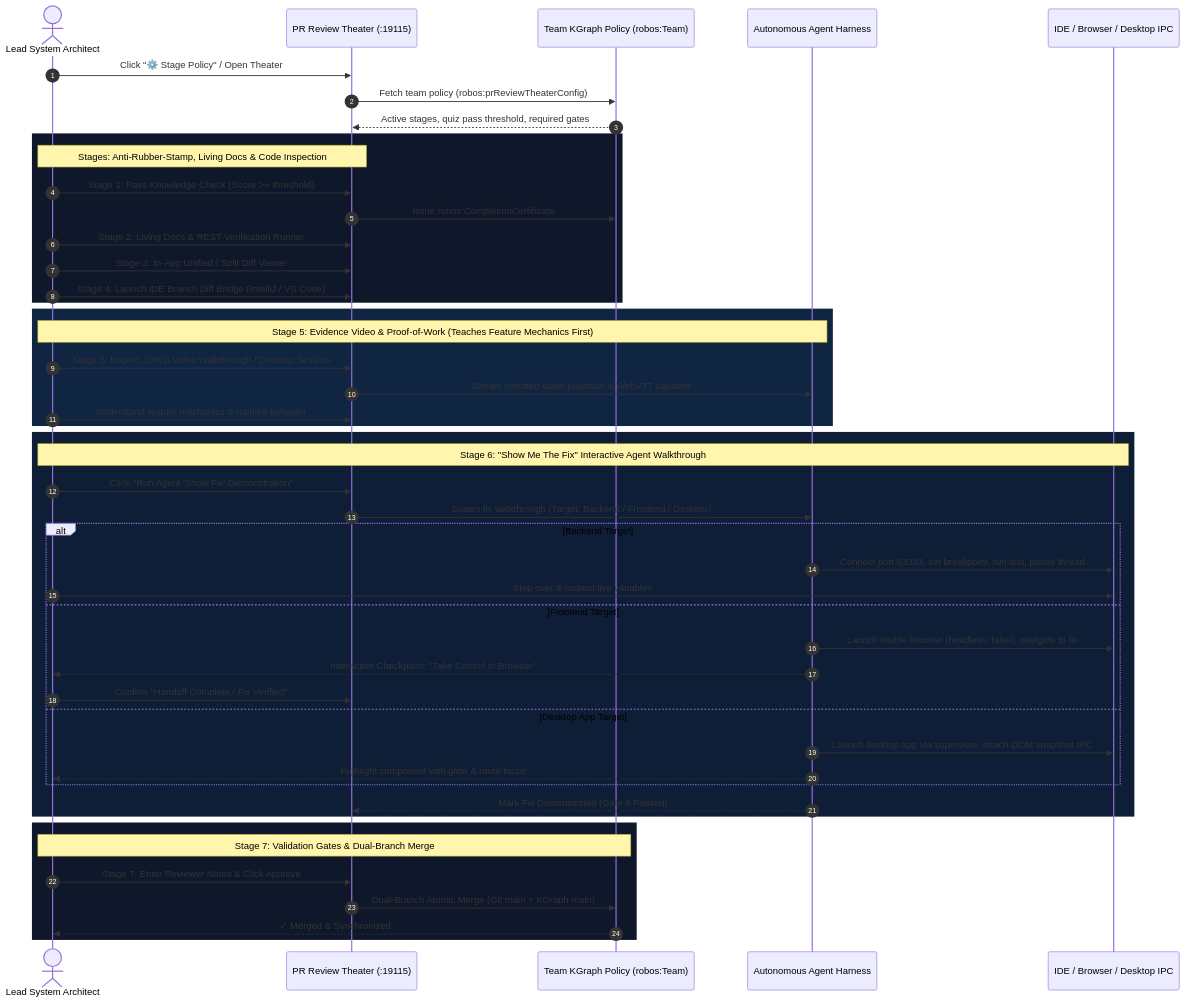
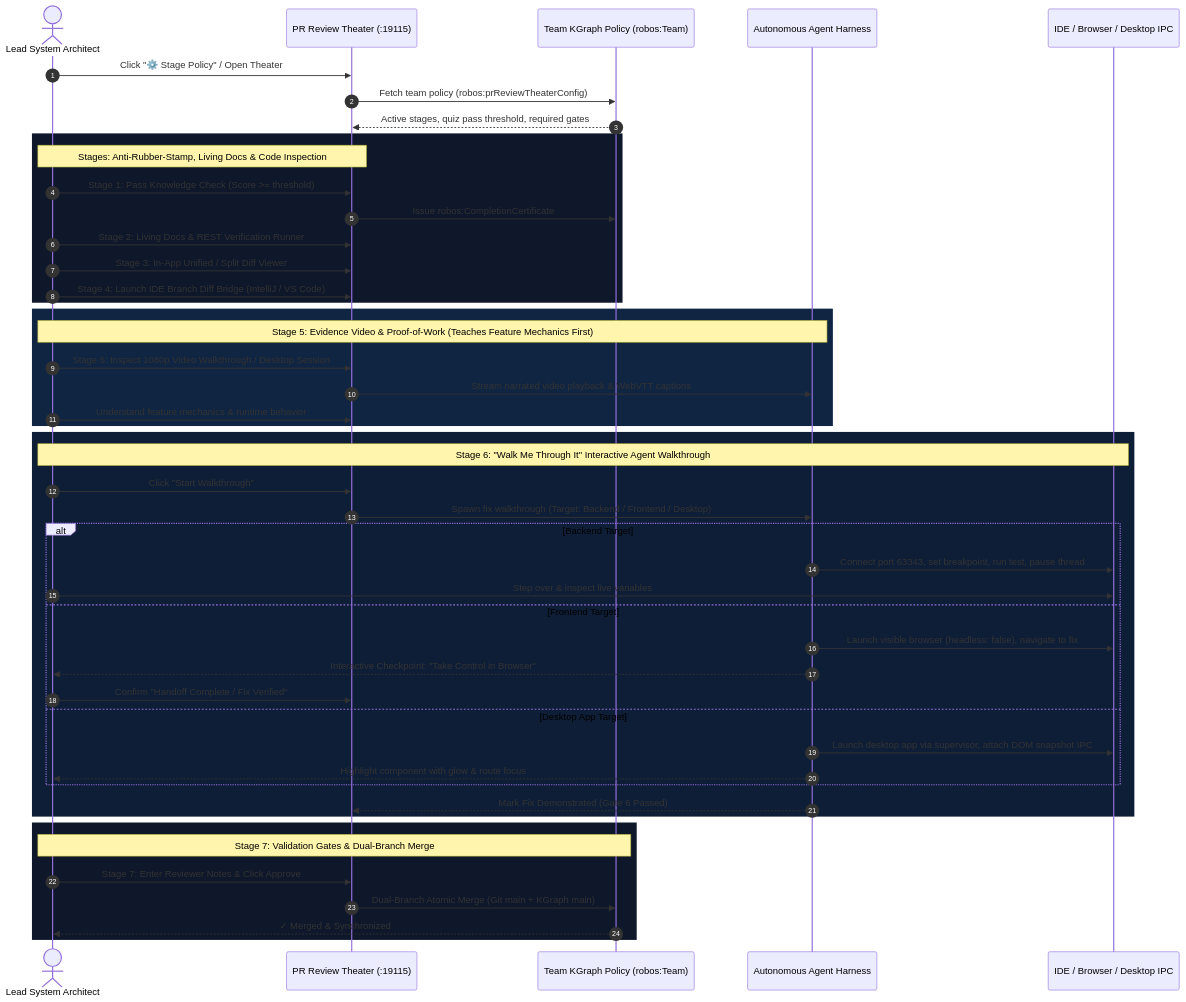
One commit to nddipiazza/robos changed the diagram in docs/pr-review-theater.md. Above: the diagram before and after it, drawn with Mermaid. The commit also changed other lines of this file and 11 other files, not shown here.

````diff
--- a/docs/pr-review-theater.md
+++ b/docs/pr-review-theater.md
@@ -64,54 +64,54 @@
 ```mermaid
 sequenceDiagram
     autonumber
     actor Architect as Lead System Architect
     participant Theater as PR Review Theater (:19115)
     participant KGraph as Team KGraph Policy (robos:Team)
     participant Agent as Autonomous Agent Harness
     participant IDE as IDE / Browser / Desktop IPC
 
     Architect->>Theater: Click "⚙️ Stage Policy" / Open Theater
     Theater->>KGraph: Fetch team policy (robos:prReviewTheaterConfig)
     KGraph-->>Theater: Active stages, quiz pass threshold, required gates
 
     rect rgb(15, 23, 42)
         Note over Architect,Theater: Stages: Anti-Rubber-Stamp, Living Docs & Code Inspection
         Architect->>Theater: Stage 1: Pass Knowledge Check (Score >= threshold)
         Theater->>KGraph: Issue robos:CompletionCertificate
         Architect->>Theater: Stage 2: Living Docs & REST Verification Runner
         Architect->>Theater: Stage 3: In-App Unified / Split Diff Viewer
         Architect->>Theater: Stage 4: Launch IDE Branch Diff Bridge (IntelliJ / VS Code)
     end
 
     rect rgb(16, 37, 66)
         Note over Architect,Agent: Stage 5: Evidence Video & Proof-of-Work (Teaches Feature Mechanics First)
         Architect->>Theater: Stage 5: Inspect 1080p Video Walkthrough / Desktop Session
         Theater->>Agent: Stream narrated video playback & WebVTT captions
         Architect->>Theater: Understand feature mechanics & runtime behavior
     end
 
     rect rgb(15, 30, 55)
-        Note over Architect,IDE: Stage 6: "Show Me The Fix" Interactive Agent Walkthrough
-        Architect->>Theater: Click "Run Agent 'Show Fix' Demonstration"
+        Note over Architect,IDE: Stage 6: "Walk Me Through It" Interactive Agent Walkthrough
+        Architect->>Theater: Click "Start Walkthrough"
         Theater->>Agent: Spawn fix walkthrough (Target: Backend / Frontend / Desktop)
         alt Backend Target
             Agent->>IDE: Connect port 63343, set breakpoint, run test, pause thread
             Architect->>IDE: Step over & inspect live variables
         else Frontend Target
             Agent->>IDE: Launch visible browser (headless: false), navigate to fix
             Agent-->>Architect: Interactive Checkpoint: "Take Control in Browser"
             Architect->>Theater: Confirm "Handoff Complete / Fix Verified"
         else Desktop App Target
             Agent->>IDE: Launch desktop app via supervisor, attach DOM snapshot IPC
             Agent-->>Architect: Highlight component with glow & route focus
         end
         Agent-->>Theater: Mark Fix Demonstrated (Gate 6 Passed)
     end
 
     rect rgb(15, 23, 42)
         Note over Architect,KGraph: Stage 7: Validation Gates & Dual-Branch Merge
         Architect->>Theater: Stage 7: Enter Reviewer Notes & Click Approve
         Theater->>KGraph: Dual-Branch Atomic Merge (Git main + KGraph main)
         KGraph-->>Architect: ✓ Merged & Synchronized
     end
 ```
````
